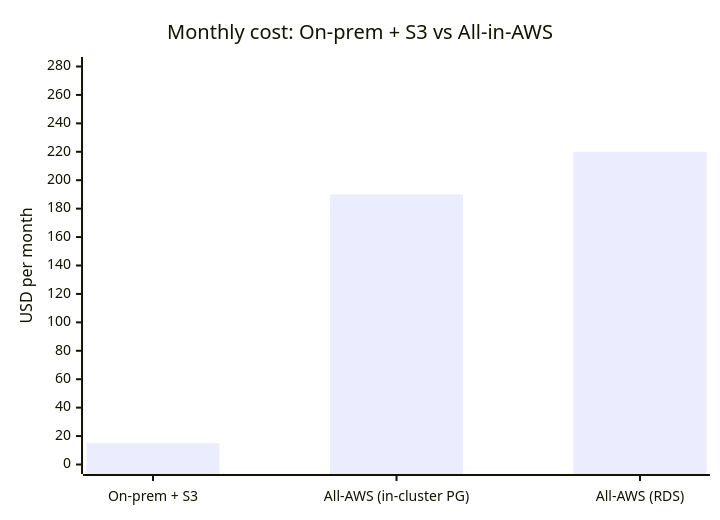
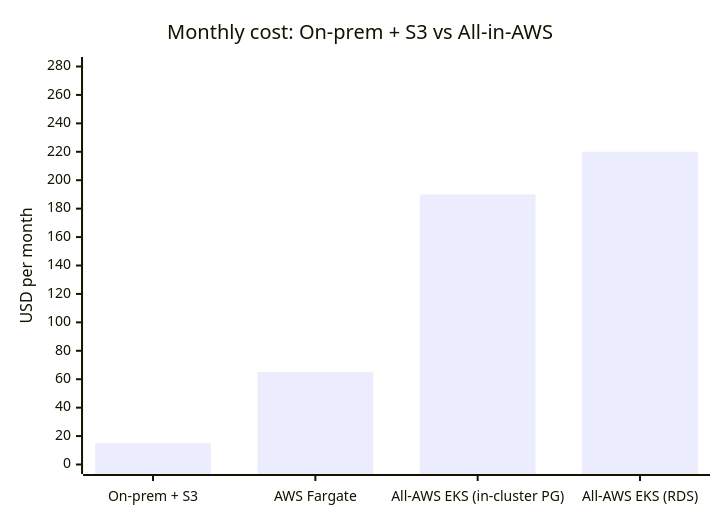
One commit to khaleb7/spacebarchart changed the first of 2 diagrams in docs/COSTING.md. Above: the diagram before and after it, drawn with Mermaid. The commit also changed other lines of this file, not shown here.

````diff
--- a/docs/COSTING.md
+++ b/docs/COSTING.md
@@ -36,7 +62,7 @@
 ```mermaid
 xychart-beta
     title "Monthly cost: On-prem + S3 vs All-in-AWS"
-    x-axis ["On-prem + S3", "All-AWS (in-cluster PG)", "All-AWS (RDS)"]
+    x-axis ["On-prem + S3", "AWS Fargate", "All-AWS EKS (in-cluster PG)", "All-AWS EKS (RDS)"]
     y-axis "USD per month" 0 --> 280
-    bar [15, 190, 220]
+    bar [15, 65, 190, 220]
 ```
````
